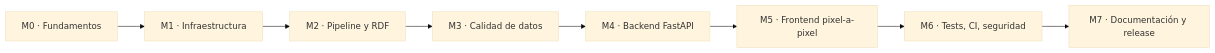
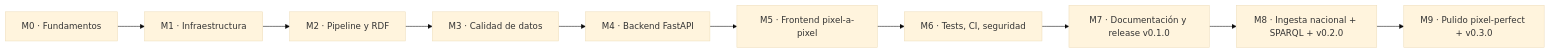
One commit to GonxKZ/atllashabita changed the diagram in docs/roadmap.md. Above: the diagram before and after it, drawn with Mermaid (base theme). The commit also changed other lines of this file and 6 other files, not shown here.

````diff
--- a/docs/roadmap.md
+++ b/docs/roadmap.md
@@ -18,10 +18,12 @@
 ```mermaid
 flowchart LR
     M0[M0 · Fundamentos] --> M1[M1 · Infraestructura]
     M1 --> M2[M2 · Pipeline y RDF]
     M2 --> M3[M3 · Calidad de datos]
     M3 --> M4[M4 · Backend FastAPI]
     M4 --> M5[M5 · Frontend pixel-a-pixel]
     M5 --> M6[M6 · Tests, CI, seguridad]
-    M6 --> M7[M7 · Documentación y release]
+    M6 --> M7[M7 · Documentación y release v0.1.0]
+    M7 --> M8[M8 · Ingesta nacional + SPARQL + v0.2.0]
+    M8 --> M9[M9 · Pulido pixel-perfect + v0.3.0]
 ```
````
